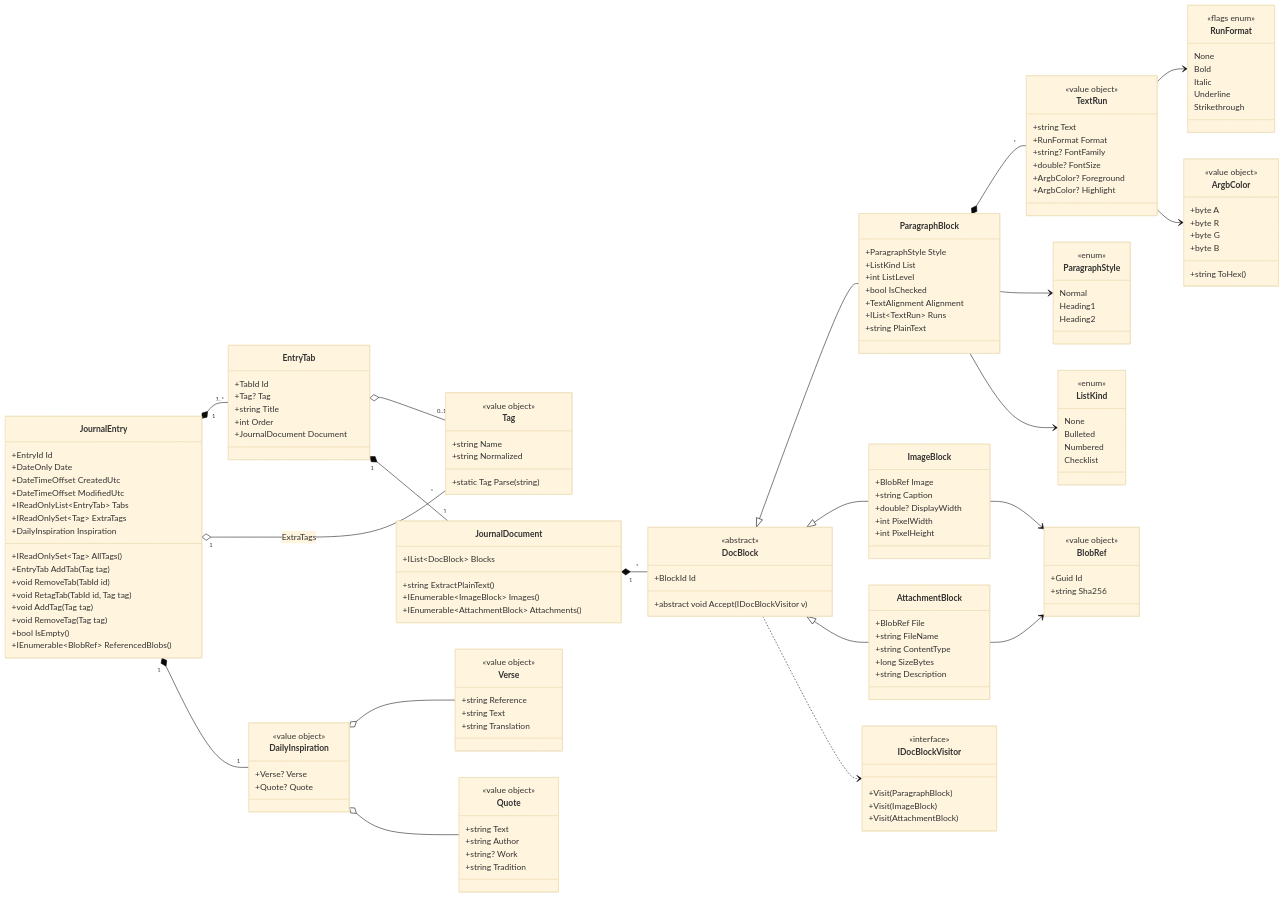
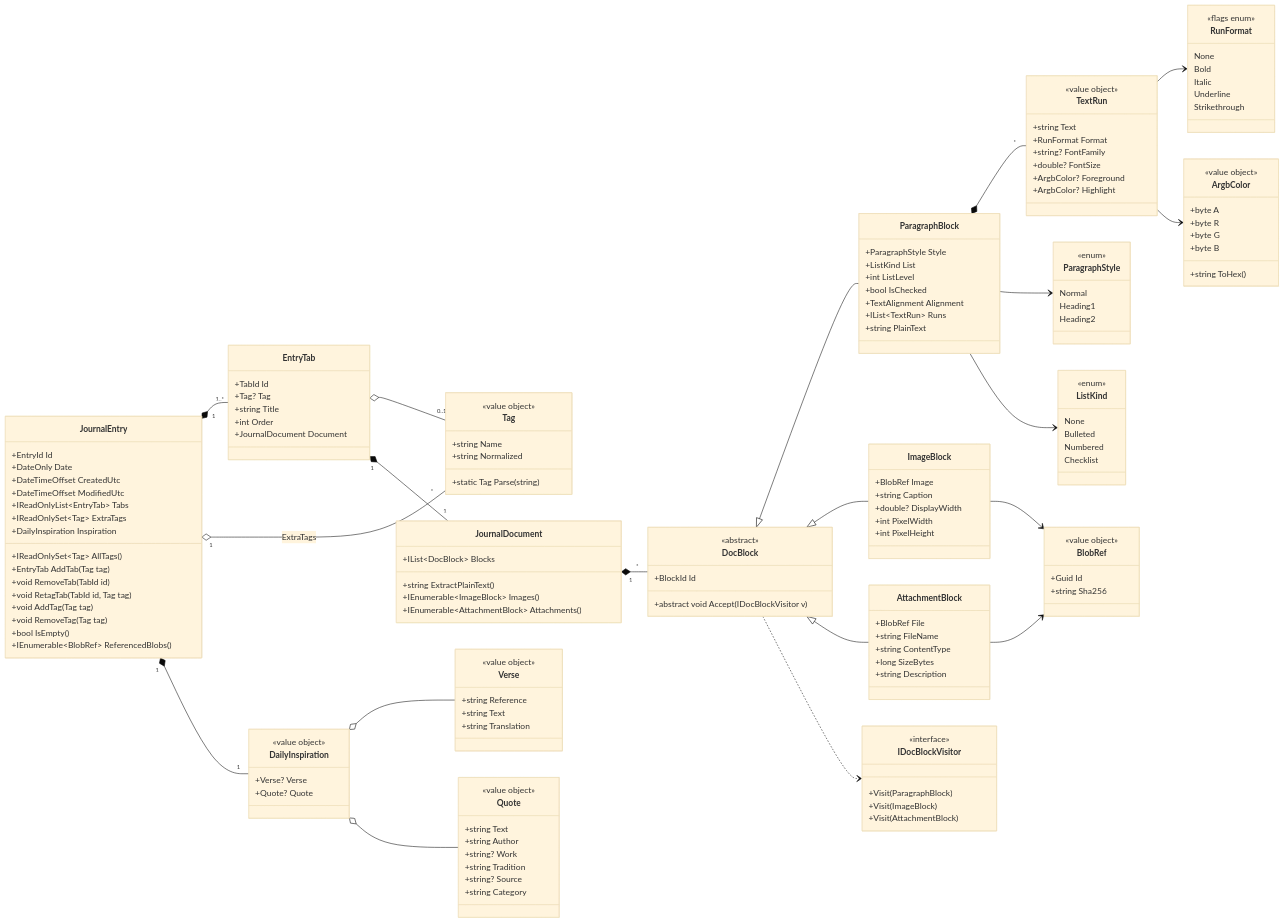
One commit to johnovanni/Journal changed the second of 8 diagrams in docs/Architecture.md. Above: the diagram before and after it, drawn with Mermaid (base theme). The commit also changed other lines of this file and 41 other files, not shown here.

```diff
--- a/docs/Architecture.md
+++ b/docs/Architecture.md
@@ -183,6 +183,8 @@
         +string Author
         +string? Work
         +string Tradition
+        +string? Source
+        +string Category
     }
     class JournalDocument {
         +IList~DocBlock~ Blocks
```
